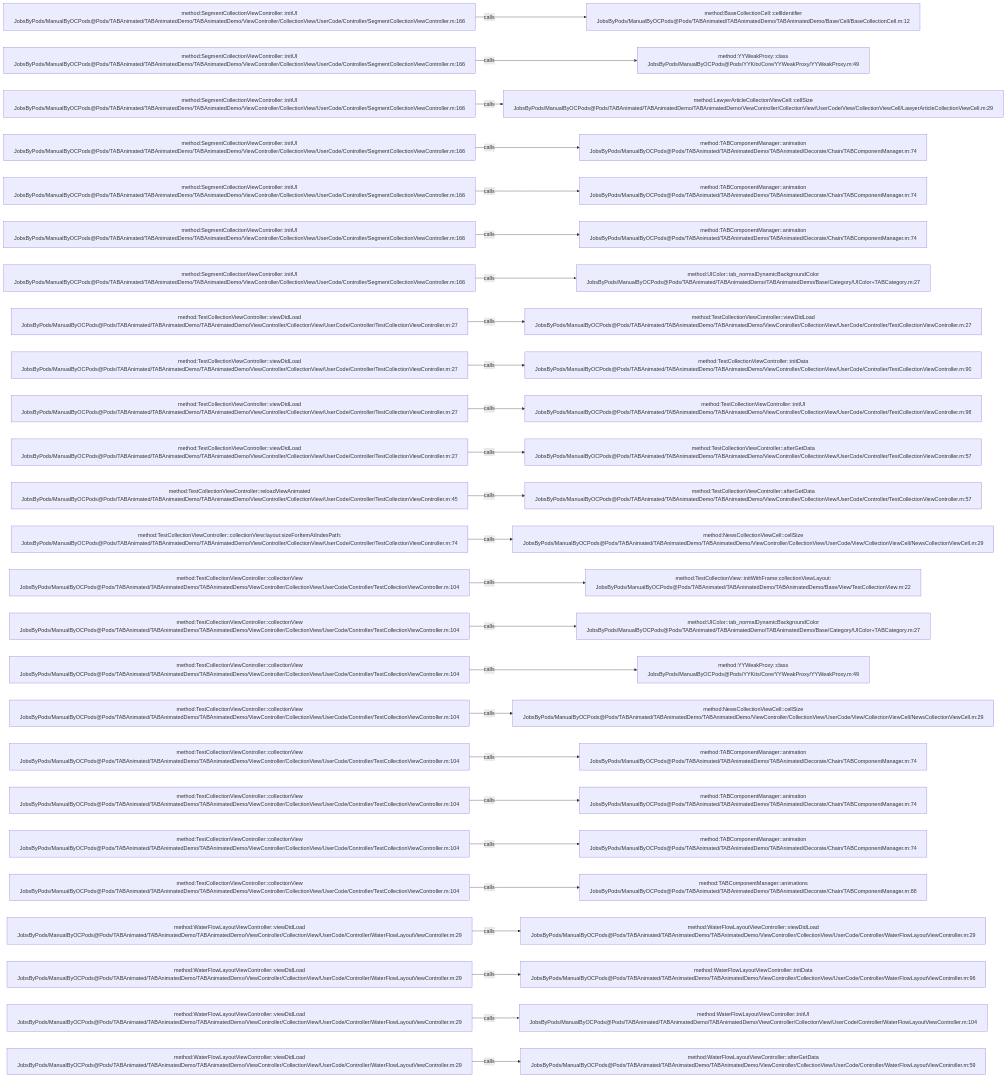
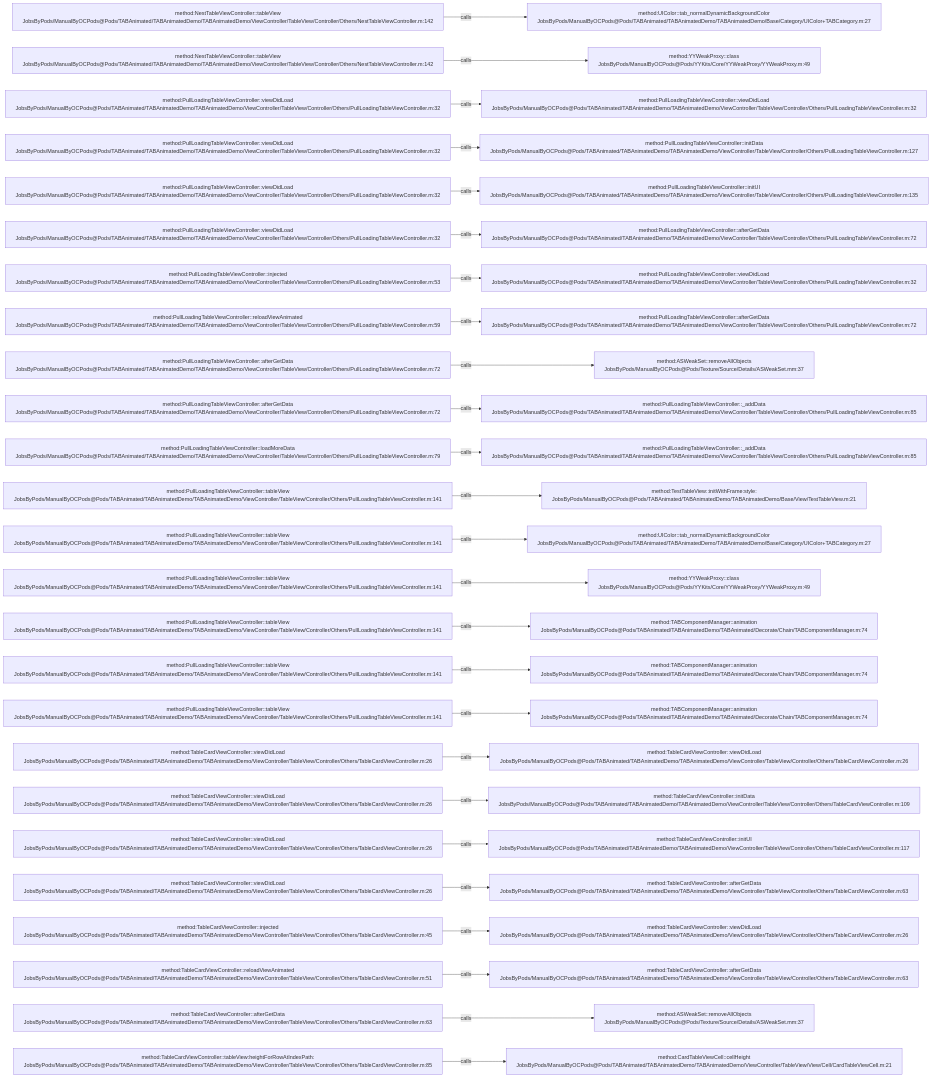
The diagram in .codegraph/codegraph.md/graphs/calls-060.md (JobsKits/JobsOCBaseConfigDemo), drawn with Mermaid before and after one commit. The commit also changed 1223 other files, not shown here.

````diff
--- a/.codegraph/codegraph.md/graphs/calls-060.md
+++ b/.codegraph/codegraph.md/graphs/calls-060.md
@@ -13,78 +13,78 @@
 ```mermaid
 flowchart LR
-  S1["method:SegmentCollectionViewController::initUI<br/>JobsByPods/ManualByOCPods@Pods/TABAnimated/TABAnimatedDemo/TABAnimatedDemo/ViewController/CollectionView/UserCode/Controller/SegmentCollectionViewController.m:166"]
-  T1["method:BaseCollectionCell::cellIdentifier<br/>JobsByPods/ManualByOCPods@Pods/TABAnimated/TABAnimatedDemo/TABAnimatedDemo/Base/Cell/BaseCollectionCell.m:12"]
+  S1["method:NestTableViewController::tableView<br/>JobsByPods/ManualByOCPods@Pods/TABAnimated/TABAnimatedDemo/TABAnimatedDemo/ViewController/TableView/Controller/Others/NestTableViewController.m:142"]
+  T1["method:UIColor::tab_normalDynamicBackgroundColor<br/>JobsByPods/ManualByOCPods@Pods/TABAnimated/TABAnimatedDemo/TABAnimatedDemo/Base/Category/UIColor+TABCategory.m:27"]
   S1 -->|calls| T1
-  S2["method:SegmentCollectionViewController::initUI<br/>JobsByPods/ManualByOCPods@Pods/TABAnimated/TABAnimatedDemo/TABAnimatedDemo/ViewController/CollectionView/UserCode/Controller/SegmentCollectionViewController.m:166"]
+  S2["method:NestTableViewController::tableView<br/>JobsByPods/ManualByOCPods@Pods/TABAnimated/TABAnimatedDemo/TABAnimatedDemo/ViewController/TableView/Controller/Others/NestTableViewController.m:142"]
   T2["method:YYWeakProxy::class<br/>JobsByPods/ManualByOCPods@Pods/YYKits/Core/YYWeakProxy/YYWeakProxy.m:49"]
   S2 -->|calls| T2
-  S3["method:SegmentCollectionViewController::initUI<br/>JobsByPods/ManualByOCPods@Pods/TABAnimated/TABAnimatedDemo/TABAnimatedDemo/ViewController/CollectionView/UserCode/Controller/SegmentCollectionViewController.m:166"]
-  T3["method:LawyerArticleCollectionViewCell::cellSize<br/>JobsByPods/ManualByOCPods@Pods/TABAnimated/TABAnimatedDemo/TABAnimatedDemo/ViewController/CollectionView/UserCode/View/CollectionViewCell/LawyerArticleCollectionViewCell.m:29"]
+  S3["method:PullLoadingTableViewController::viewDidLoad<br/>JobsByPods/ManualByOCPods@Pods/TABAnimated/TABAnimatedDemo/TABAnimatedDemo/ViewController/TableView/Controller/Others/PullLoadingTableViewController.m:32"]
+  T3["method:PullLoadingTableViewController::viewDidLoad<br/>JobsByPods/ManualByOCPods@Pods/TABAnimated/TABAnimatedDemo/TABAnimatedDemo/ViewController/TableView/Controller/Others/PullLoadingTableViewController.m:32"]
   S3 -->|calls| T3
-  S4["method:SegmentCollectionViewController::initUI<br/>JobsByPods/ManualByOCPods@Pods/TABAnimated/TABAnimatedDemo/TABAnimatedDemo/ViewController/CollectionView/UserCode/Controller/SegmentCollectionViewController.m:166"]
-  T4["method:TABComponentManager::animation<br/>JobsByPods/ManualByOCPods@Pods/TABAnimated/TABAnimatedDemo/TABAnimated/Decorate/Chain/TABComponentManager.m:74"]
+  S4["method:PullLoadingTableViewController::viewDidLoad<br/>JobsByPods/ManualByOCPods@Pods/TABAnimated/TABAnimatedDemo/TABAnimatedDemo/ViewController/TableView/Controller/Others/PullLoadingTableViewController.m:32"]
+  T4["method:PullLoadingTableViewController::initData<br/>JobsByPods/ManualByOCPods@Pods/TABAnimated/TABAnimatedDemo/TABAnimatedDemo/ViewController/TableView/Controller/Others/PullLoadingTableViewController.m:127"]
   S4 -->|calls| T4
-  S5["method:SegmentCollectionViewController::initUI<br/>JobsByPods/ManualByOCPods@Pods/TABAnimated/TABAnimatedDemo/TABAnimatedDemo/ViewController/CollectionView/UserCode/Controller/SegmentCollectionViewController.m:166"]
-  T5["method:TABComponentManager::animation<br/>JobsByPods/ManualByOCPods@Pods/TABAnimated/TABAnimatedDemo/TABAnimated/Decorate/Chain/TABComponentManager.m:74"]
+  S5["method:PullLoadingTableViewController::viewDidLoad<br/>JobsByPods/ManualByOCPods@Pods/TABAnimated/TABAnimatedDemo/TABAnimatedDemo/ViewController/TableView/Controller/Others/PullLoadingTableViewController.m:32"]
+  T5["method:PullLoadingTableViewController::initUI<br/>JobsByPods/ManualByOCPods@Pods/TABAnimated/TABAnimatedDemo/TABAnimatedDemo/ViewController/TableView/Controller/Others/PullLoadingTableViewController.m:135"]
   S5 -->|calls| T5
-  S6["method:SegmentCollectionViewController::initUI<br/>JobsByPods/ManualByOCPods@Pods/TABAnimated/TABAnimatedDemo/TABAnimatedDemo/ViewController/CollectionView/UserCode/Controller/SegmentCollectionViewController.m:166"]
-  T6["method:TABComponentManager::animation<br/>JobsByPods/ManualByOCPods@Pods/TABAnimated/TABAnimatedDemo/TABAnimated/Decorate/Chain/TABComponentManager.m:74"]
+  S6["method:PullLoadingTableViewController::viewDidLoad<br/>JobsByPods/ManualByOCPods@Pods/TABAnimated/TABAnimatedDemo/TABAnimatedDemo/ViewController/TableView/Controller/Others/PullLoadingTableViewController.m:32"]
+  T6["method:PullLoadingTableViewController::afterGetData<br/>JobsByPods/ManualByOCPods@Pods/TABAnimated/TABAnimatedDemo/TABAnimatedDemo/ViewController/TableView/Controller/Others/PullLoadingTableViewController.m:72"]
   S6 -->|calls| T6
-  S7["method:SegmentCollectionViewController::initUI<br/>JobsByPods/ManualByOCPods@Pods/TABAnimated/TABAnimatedDemo/TABAnimatedDemo/ViewController/CollectionView/UserCode/Controller/SegmentCollectionViewController.m:166"]
-  T7["method:UIColor::tab_normalDynamicBackgroundColor<br/>JobsByPods/ManualByOCPods@Pods/TABAnimated/TABAnimatedDemo/TABAnimatedDemo/Base/Category/UIColor+TABCategory.m:27"]
+  S7["method:PullLoadingTableViewController::injected<br/>JobsByPods/ManualByOCPods@Pods/TABAnimated/TABAnimatedDemo/TABAnimatedDemo/ViewController/TableView/Controller/Others/PullLoadingTableViewController.m:53"]
+  T7["method:PullLoadingTableViewController::viewDidLoad<br/>JobsByPods/ManualByOCPods@Pods/TABAnimated/TABAnimatedDemo/TABAnimatedDemo/ViewController/TableView/Controller/Others/PullLoadingTableViewController.m:32"]
   S7 -->|calls| T7
-  S8["method:TestCollectionViewController::viewDidLoad<br/>JobsByPods/ManualByOCPods@Pods/TABAnimated/TABAnimatedDemo/TABAnimatedDemo/ViewController/CollectionView/UserCode/Controller/TestCollectionViewController.m:27"]
-  T8["method:TestCollectionViewController::viewDidLoad<br/>JobsByPods/ManualByOCPods@Pods/TABAnimated/TABAnimatedDemo/TABAnimatedDemo/ViewController/CollectionView/UserCode/Controller/TestCollectionViewController.m:27"]
+  S8["method:PullLoadingTableViewController::reloadViewAnimated<br/>JobsByPods/ManualByOCPods@Pods/TABAnimated/TABAnimatedDemo/TABAnimatedDemo/ViewController/TableView/Controller/Others/PullLoadingTableViewController.m:59"]
+  T8["method:PullLoadingTableViewController::afterGetData<br/>JobsByPods/ManualByOCPods@Pods/TABAnimated/TABAnimatedDemo/TABAnimatedDemo/ViewController/TableView/Controller/Others/PullLoadingTableViewController.m:72"]
   S8 -->|calls| T8
-  S9["method:TestCollectionViewController::viewDidLoad<br/>JobsByPods/ManualByOCPods@Pods/TABAnimated/TABAnimatedDemo/TABAnimatedDemo/ViewController/CollectionView/UserCode/Controller/TestCollectionViewController.m:27"]
-  T9["method:TestCollectionViewController::initData<br/>JobsByPods/ManualByOCPods@Pods/TABAnimated/TABAnimatedDemo/TABAnimatedDemo/ViewController/CollectionView/UserCode/Controller/TestCollectionViewController.m:90"]
+  S9["method:PullLoadingTableViewController::afterGetData<br/>JobsByPods/ManualByOCPods@Pods/TABAnimated/TABAnimatedDemo/TABAnimatedDemo/ViewController/TableView/Controller/Others/PullLoadingTableViewController.m:72"]
+  T9["method:ASWeakSet::removeAllObjects<br/>JobsByPods/ManualByOCPods@Pods/Texture/Source/Details/ASWeakSet.mm:37"]
   S9 -->|calls| T9
-  S10["method:TestCollectionViewController::viewDidLoad<br/>JobsByPods/ManualByOCPods@Pods/TABAnimated/TABAnimatedDemo/TABAnimatedDemo/ViewController/CollectionView/UserCode/Controller/TestCollectionViewController.m:27"]
-  T10["method:TestCollectionViewController::initUI<br/>JobsByPods/ManualByOCPods@Pods/TABAnimated/TABAnimatedDemo/TABAnimatedDemo/ViewController/CollectionView/UserCode/Controller/TestCollectionViewController.m:98"]
+  S10["method:PullLoadingTableViewController::afterGetData<br/>JobsByPods/ManualByOCPods@Pods/TABAnimated/TABAnimatedDemo/TABAnimatedDemo/ViewController/TableView/Controller/Others/PullLoadingTableViewController.m:72"]
+  T10["method:PullLoadingTableViewController::_addData<br/>JobsByPods/ManualByOCPods@Pods/TABAnimated/TABAnimatedDemo/TABAnimatedDemo/ViewController/TableView/Controller/Others/PullLoadingTableViewController.m:85"]
   S10 -->|calls| T10
-  S11["method:TestCollectionViewController::viewDidLoad<br/>JobsByPods/ManualByOCPods@Pods/TABAnimated/TABAnimatedDemo/TABAnimatedDemo/ViewController/CollectionView/UserCode/Controller/TestCollectionViewController.m:27"]
-  T11["method:TestCollectionViewController::afterGetData<br/>JobsByPods/ManualByOCPods@Pods/TABAnimated/TABAnimatedDemo/TABAnimatedDemo/ViewController/CollectionView/UserCode/Controller/TestCollectionViewController.m:57"]
+  S11["method:PullLoadingTableViewController::loadMoreData<br/>JobsByPods/ManualByOCPods@Pods/TABAnimated/TABAnimatedDemo/TABAnimatedDemo/ViewController/TableView/Controller/Others/PullLoadingTableViewController.m:79"]
+  T11["method:PullLoadingTableViewController::_addData<br/>JobsByPods/ManualByOCPods@Pods/TABAnimated/TABAnimatedDemo/TABAnimatedDemo/ViewController/TableView/Controller/Others/PullLoadingTableViewController.m:85"]
   S11 -->|calls| T11
-  S12["method:TestCollectionViewController::reloadViewAnimated<br/>JobsByPods/ManualByOCPods@Pods/TABAnimated/TABAnimatedDemo/TABAnimatedDemo/ViewController/CollectionView/UserCode/Controller/TestCollectionViewController.m:45"]
-  T12["method:TestCollectionViewController::afterGetData<br/>JobsByPods/ManualByOCPods@Pods/TABAnimated/TABAnimatedDemo/TABAnimatedDemo/ViewController/CollectionView/UserCode/Controller/TestCollectionViewController.m:57"]
+  S12["method:PullLoadingTableViewController::tableView<br/>JobsByPods/ManualByOCPods@Pods/TABAnimated/TABAnimatedDemo/TABAnimatedDemo/ViewController/TableView/Controller/Others/PullLoadingTableViewController.m:141"]
+  T12["method:TestTableView::initWithFrame:style:<br/>JobsByPods/ManualByOCPods@Pods/TABAnimated/TABAnimatedDemo/TABAnimatedDemo/Base/View/TestTableView.m:21"]
   S12 -->|calls| T12
-  S13["method:TestCollectionViewController::collectionView:layout:sizeForItemAtIndexPath:<br/>JobsByPods/ManualByOCPods@Pods/TABAnimated/TABAnimatedDemo/TABAnimatedDemo/ViewController/CollectionView/UserCode/Controller/TestCollectionViewController.m:74"]
-  T13["method:NewsCollectionViewCell::cellSize<br/>JobsByPods/ManualByOCPods@Pods/TABAnimated/TABAnimatedDemo/TABAnimatedDemo/ViewController/CollectionView/UserCode/View/CollectionViewCell/NewsCollectionViewCell.m:29"]
+  S13["method:PullLoadingTableViewController::tableView<br/>JobsByPods/ManualByOCPods@Pods/TABAnimated/TABAnimatedDemo/TABAnimatedDemo/ViewController/TableView/Controller/Others/PullLoadingTableViewController.m:141"]
+  T13["method:UIColor::tab_normalDynamicBackgroundColor<br/>JobsByPods/ManualByOCPods@Pods/TABAnimated/TABAnimatedDemo/TABAnimatedDemo/Base/Category/UIColor+TABCategory.m:27"]
   S13 -->|calls| T13
-  S14["method:TestCollectionViewController::collectionView<br/>JobsByPods/ManualByOCPods@Pods/TABAnimated/TABAnimatedDemo/TABAnimatedDemo/ViewController/CollectionView/UserCode/Controller/TestCollectionViewController.m:104"]
-  T14["method:TestCollectionView::initWithFrame:collectionViewLayout:<br/>JobsByPods/ManualByOCPods@Pods/TABAnimated/TABAnimatedDemo/TABAnimatedDemo/Base/View/TestCollectionView.m:22"]
+  S14["method:PullLoadingTableViewController::tableView<br/>JobsByPods/ManualByOCPods@Pods/TABAnimated/TABAnimatedDemo/TABAnimatedDemo/ViewController/TableView/Controller/Others/PullLoadingTableViewController.m:141"]
+  T14["method:YYWeakProxy::class<br/>JobsByPods/ManualByOCPods@Pods/YYKits/Core/YYWeakProxy/YYWeakProxy.m:49"]
   S14 -->|calls| T14
-  S15["method:TestCollectionViewController::collectionView<br/>JobsByPods/ManualByOCPods@Pods/TABAnimated/TABAnimatedDemo/TABAnimatedDemo/ViewController/CollectionView/UserCode/Controller/TestCollectionViewController.m:104"]
-  T15["method:UIColor::tab_normalDynamicBackgroundColor<br/>JobsByPods/ManualByOCPods@Pods/TABAnimated/TABAnimatedDemo/TABAnimatedDemo/Base/Category/UIColor+TABCategory.m:27"]
+  S15["method:PullLoadingTableViewController::tableView<br/>JobsByPods/ManualByOCPods@Pods/TABAnimated/TABAnimatedDemo/TABAnimatedDemo/ViewController/TableView/Controller/Others/PullLoadingTableViewController.m:141"]
+  T15["method:TABComponentManager::animation<br/>JobsByPods/ManualByOCPods@Pods/TABAnimated/TABAnimatedDemo/TABAnimated/Decorate/Chain/TABComponentManager.m:74"]
   S15 -->|calls| T15
-  S16["method:TestCollectionViewController::collectionView<br/>JobsByPods/ManualByOCPods@Pods/TABAnimated/TABAnimatedDemo/TABAnimatedDemo/ViewController/CollectionView/UserCode/Controller/TestCollectionViewController.m:104"]
-  T16["method:YYWeakProxy::class<br/>JobsByPods/ManualByOCPods@Pods/YYKits/Core/YYWeakProxy/YYWeakProxy.m:49"]
+  S16["method:PullLoadingTableViewController::tableView<br/>JobsByPods/ManualByOCPods@Pods/TABAnimated/TABAnimatedDemo/TABAnimatedDemo/ViewController/TableView/Controller/Others/PullLoadingTableViewController.m:141"]
+  T16["method:TABComponentManager::animation<br/>JobsByPods/ManualByOCPods@Pods/TABAnimated/TABAnimatedDemo/TABAnimated/Decorate/Chain/TABComponentManager.m:74"]
   S16 -->|calls| T16
-  S17["method:TestCollectionViewController::collectionView<br/>JobsByPods/ManualByOCPods@Pods/TABAnimated/TABAnimatedDemo/TABAnimatedDemo/ViewController/CollectionView/UserCode/Controller/TestCollectionViewController.m:104"]
-  T17["method:NewsCollectionViewCell::cellSize<br/>JobsByPods/ManualByOCPods@Pods/TABAnimated/TABAnimatedDemo/TABAnimatedDemo/ViewController/CollectionView/UserCode/View/CollectionViewCell/NewsCollectionViewCell.m:29"]
+  S17["method:PullLoadingTableViewController::tableView<br/>JobsByPods/ManualByOCPods@Pods/TABAnimated/TABAnimatedDemo/TABAnimatedDemo/ViewController/TableView/Controller/Others/PullLoadingTableViewController.m:141"]
+  T17["method:TABComponentManager::animation<br/>JobsByPods/ManualByOCPods@Pods/TABAnimated/TABAnimatedDemo/TABAnimated/Decorate/Chain/TABComponentManager.m:74"]
   S17 -->|calls| T17
-  S18["method:TestCollectionViewController::collectionView<br/>JobsByPods/ManualByOCPods@Pods/TABAnimated/TABAnimatedDemo/TABAnimatedDemo/ViewController/CollectionView/UserCode/Controller/TestCollectionViewController.m:104"]
-  T18["method:TABComponentManager::animation<br/>JobsByPods/ManualByOCPods@Pods/TABAnimated/TABAnimatedDemo/TABAnimated/Decorate/Chain/TABComponentManager.m:74"]
+  S18["method:TableCardViewController::viewDidLoad<br/>JobsByPods/ManualByOCPods@Pods/TABAnimated/TABAnimatedDemo/TABAnimatedDemo/ViewController/TableView/Controller/Others/TableCardViewController.m:26"]
+  T18["method:TableCardViewController::viewDidLoad<br/>JobsByPods/ManualByOCPods@Pods/TABAnimated/TABAnimatedDemo/TABAnimatedDemo/ViewController/TableView/Controller/Others/TableCardViewController.m:26"]
   S18 -->|calls| T18
-  S19["method:TestCollectionViewController::collectionView<br/>JobsByPods/ManualByOCPods@Pods/TABAnimated/TABAnimatedDemo/TABAnimatedDemo/ViewController/CollectionView/UserCode/Controller/TestCollectionViewController.m:104"]
-  T19["method:TABComponentManager::animation<br/>JobsByPods/ManualByOCPods@Pods/TABAnimated/TABAnimatedDemo/TABAnimated/Decorate/Chain/TABComponentManager.m:74"]
+  S19["method:TableCardViewController::viewDidLoad<br/>JobsByPods/ManualByOCPods@Pods/TABAnimated/TABAnimatedDemo/TABAnimatedDemo/ViewController/TableView/Controller/Others/TableCardViewController.m:26"]
+  T19["method:TableCardViewController::initData<br/>JobsByPods/ManualByOCPods@Pods/TABAnimated/TABAnimatedDemo/TABAnimatedDemo/ViewController/TableView/Controller/Others/TableCardViewController.m:109"]
   S19 -->|calls| T19
-  S20["method:TestCollectionViewController::collectionView<br/>JobsByPods/ManualByOCPods@Pods/TABAnimated/TABAnimatedDemo/TABAnimatedDemo/ViewController/CollectionView/UserCode/Controller/TestCollectionViewController.m:104"]
-  T20["method:TABComponentManager::animation<br/>JobsByPods/ManualByOCPods@Pods/TABAnimated/TABAnimatedDemo/TABAnimated/Decorate/Chain/TABComponentManager.m:74"]
+  S20["method:TableCardViewController::viewDidLoad<br/>JobsByPods/ManualByOCPods@Pods/TABAnimated/TABAnimatedDemo/TABAnimatedDemo/ViewController/TableView/Controller/Others/TableCardViewController.m:26"]
+  T20["method:TableCardViewController::initUI<br/>JobsByPods/ManualByOCPods@Pods/TABAnimated/TABAnimatedDemo/TABAnimatedDemo/ViewController/TableView/Controller/Others/TableCardViewController.m:117"]
   S20 -->|calls| T20
-  S21["method:TestCollectionViewController::collectionView<br/>JobsByPods/ManualByOCPods@Pods/TABAnimated/TABAnimatedDemo/TABAnimatedDemo/ViewController/CollectionView/UserCode/Controller/TestCollectionViewController.m:104"]
-  T21["method:TABComponentManager::animations<br/>JobsByPods/ManualByOCPods@Pods/TABAnimated/TABAnimatedDemo/TABAnimated/Decorate/Chain/TABComponentManager.m:88"]
+  S21["method:TableCardViewController::viewDidLoad<br/>JobsByPods/ManualByOCPods@Pods/TABAnimated/TABAnimatedDemo/TABAnimatedDemo/ViewController/TableView/Controller/Others/TableCardViewController.m:26"]
+  T21["method:TableCardViewController::afterGetData<br/>JobsByPods/ManualByOCPods@Pods/TABAnimated/TABAnimatedDemo/TABAnimatedDemo/ViewController/TableView/Controller/Others/TableCardViewController.m:63"]
   S21 -->|calls| T21
-  S22["method:WaterFlowLayoutViewController::viewDidLoad<br/>JobsByPods/ManualByOCPods@Pods/TABAnimated/TABAnimatedDemo/TABAnimatedDemo/ViewController/CollectionView/UserCode/Controller/WaterFlowLayoutViewController.m:29"]
-  T22["method:WaterFlowLayoutViewController::viewDidLoad<br/>JobsByPods/ManualByOCPods@Pods/TABAnimated/TABAnimatedDemo/TABAnimatedDemo/ViewController/CollectionView/UserCode/Controller/WaterFlowLayoutViewController.m:29"]
+  S22["method:TableCardViewController::injected<br/>JobsByPods/ManualByOCPods@Pods/TABAnimated/TABAnimatedDemo/TABAnimatedDemo/ViewController/TableView/Controller/Others/TableCardViewController.m:45"]
+  T22["method:TableCardViewController::viewDidLoad<br/>JobsByPods/ManualByOCPods@Pods/TABAnimated/TABAnimatedDemo/TABAnimatedDemo/ViewController/TableView/Controller/Others/TableCardViewController.m:26"]
   S22 -->|calls| T22
-  S23["method:WaterFlowLayoutViewController::viewDidLoad<br/>JobsByPods/ManualByOCPods@Pods/TABAnimated/TABAnimatedDemo/TABAnimatedDemo/ViewController/CollectionView/UserCode/Controller/WaterFlowLayoutViewController.m:29"]
-  T23["method:WaterFlowLayoutViewController::initData<br/>JobsByPods/ManualByOCPods@Pods/TABAnimated/TABAnimatedDemo/TABAnimatedDemo/ViewController/CollectionView/UserCode/Controller/WaterFlowLayoutViewController.m:96"]
+  S23["method:TableCardViewController::reloadViewAnimated<br/>JobsByPods/ManualByOCPods@Pods/TABAnimated/TABAnimatedDemo/TABAnimatedDemo/ViewController/TableView/Controller/Others/TableCardViewController.m:51"]
+  T23["method:TableCardViewController::afterGetData<br/>JobsByPods/ManualByOCPods@Pods/TABAnimated/TABAnimatedDemo/TABAnimatedDemo/ViewController/TableView/Controller/Others/TableCardViewController.m:63"]
   S23 -->|calls| T23
-  S24["method:WaterFlowLayoutViewController::viewDidLoad<br/>JobsByPods/ManualByOCPods@Pods/TABAnimated/TABAnimatedDemo/TABAnimatedDemo/ViewController/CollectionView/UserCode/Controller/WaterFlowLayoutViewController.m:29"]
-  T24["method:WaterFlowLayoutViewController::initUI<br/>JobsByPods/ManualByOCPods@Pods/TABAnimated/TABAnimatedDemo/TABAnimatedDemo/ViewController/CollectionView/UserCode/Controller/WaterFlowLayoutViewController.m:104"]
+  S24["method:TableCardViewController::afterGetData<br/>JobsByPods/ManualByOCPods@Pods/TABAnimated/TABAnimatedDemo/TABAnimatedDemo/ViewController/TableView/Controller/Others/TableCardViewController.m:63"]
+  T24["method:ASWeakSet::removeAllObjects<br/>JobsByPods/ManualByOCPods@Pods/Texture/Source/Details/ASWeakSet.mm:37"]
   S24 -->|calls| T24
-  S25["method:WaterFlowLayoutViewController::viewDidLoad<br/>JobsByPods/ManualByOCPods@Pods/TABAnimated/TABAnimatedDemo/TABAnimatedDemo/ViewController/CollectionView/UserCode/Controller/WaterFlowLayoutViewController.m:29"]
-  T25["method:WaterFlowLayoutViewController::afterGetData<br/>JobsByPods/ManualByOCPods@Pods/TABAnimated/TABAnimatedDemo/TABAnimatedDemo/ViewController/CollectionView/UserCode/Controller/WaterFlowLayoutViewController.m:59"]
+  S25["method:TableCardViewController::tableView:heightForRowAtIndexPath:<br/>JobsByPods/ManualByOCPods@Pods/TABAnimated/TABAnimatedDemo/TABAnimatedDemo/ViewController/TableView/Controller/Others/TableCardViewController.m:85"]
+  T25["method:CardTableViewCell::cellHeight<br/>JobsByPods/ManualByOCPods@Pods/TABAnimated/TABAnimatedDemo/TABAnimatedDemo/ViewController/TableView/View/Cell/CardTableViewCell.m:21"]
   S25 -->|calls| T25
 ```
````
